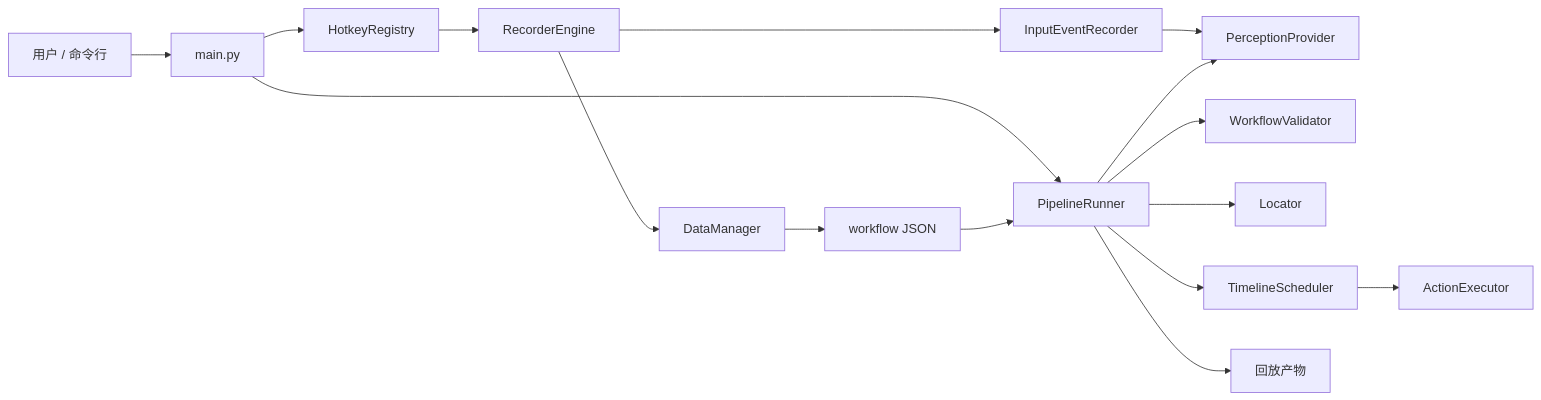
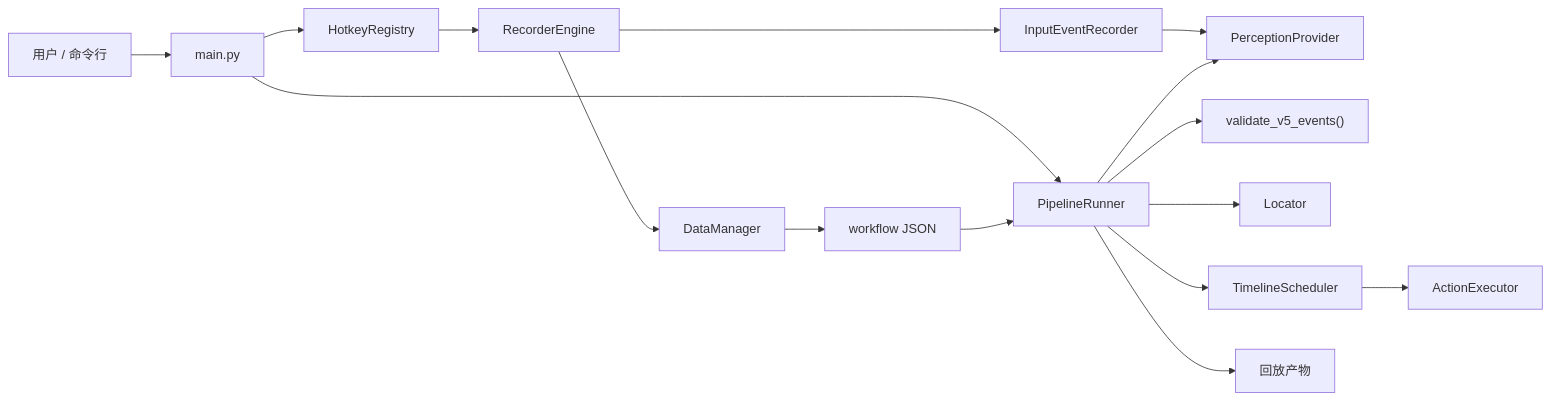
One commit to zlZayn/rpa_snap_locate changed the first of 3 diagrams in docs/ARCHITECTURE.md. Above: the diagram before and after it, drawn with Mermaid. The commit also changed other lines of this file, not shown here.

Commit message:
fix: sync ARCHITECTURE.md with code — offset rule, function name, test mapping

````diff
--- a/docs/ARCHITECTURE.md
+++ b/docs/ARCHITECTURE.md
@@ -21,19 +21,19 @@
 ```mermaid
 flowchart LR
     U["用户 / 命令行"] --> M["main.py"]
     M --> H["HotkeyRegistry"]
     H --> R["RecorderEngine"]
     R --> I["InputEventRecorder"]
     R --> D["DataManager"]
     I --> P["PerceptionProvider"]
     D --> W["workflow JSON"]
 
     M --> PR["PipelineRunner"]
     W --> PR
-    PR --> V["WorkflowValidator"]
+    PR --> V["validate_v5_events()"]
     PR --> L["Locator"]
     PR --> S["TimelineScheduler"]
     S --> A["ActionExecutor"]
     PR --> P
     PR --> O["回放产物"]
 ```
````
